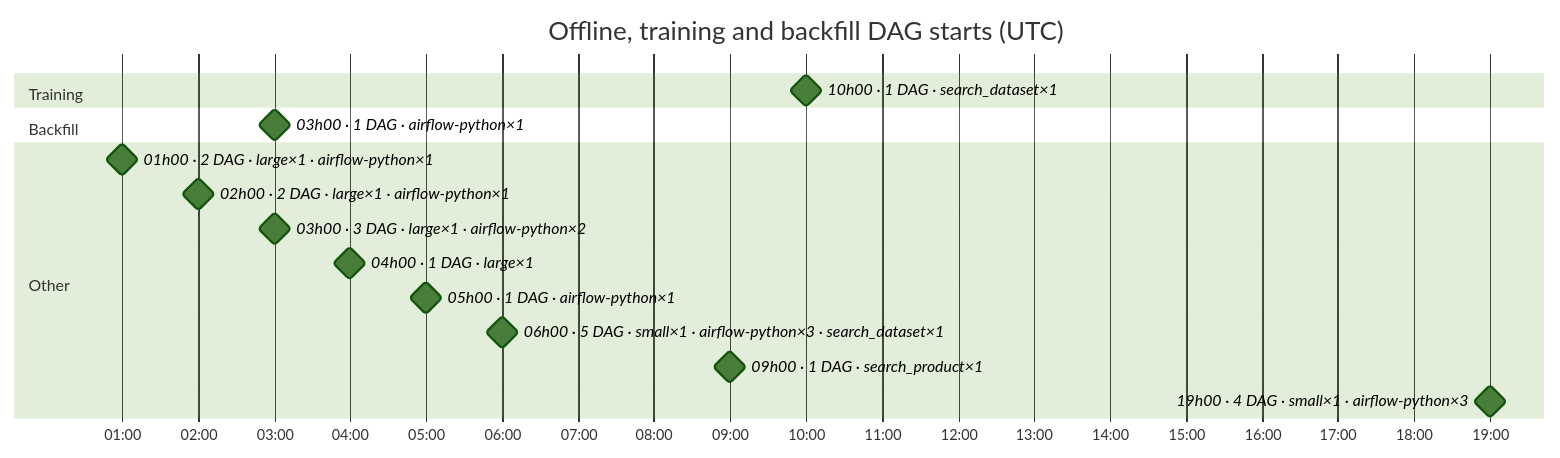
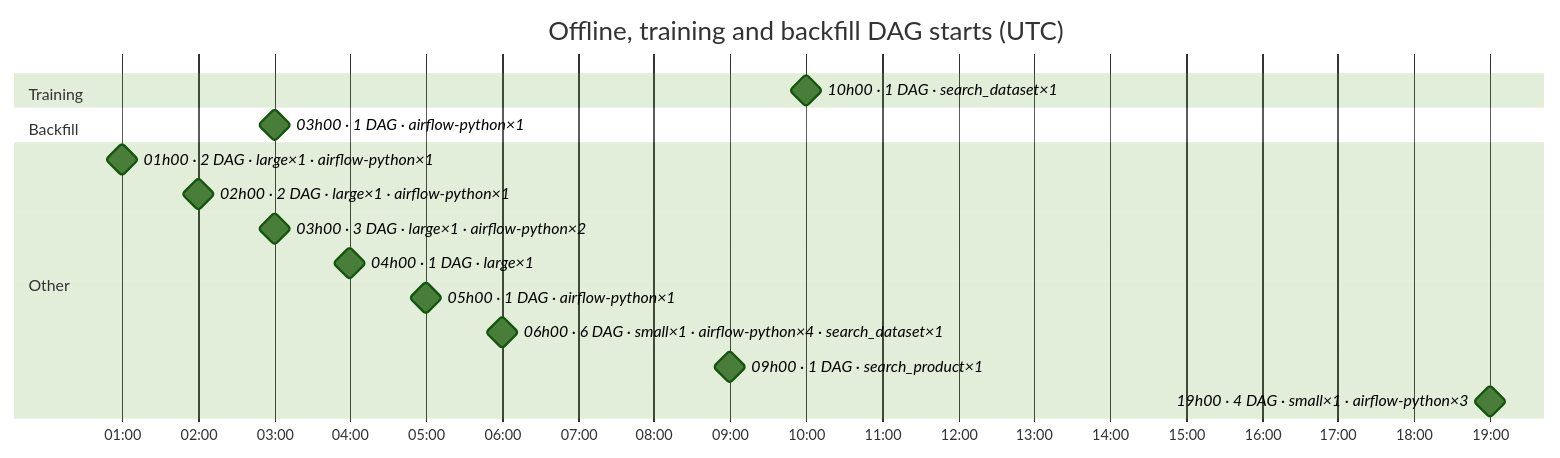
One commit to DayMarket/ml-feature-platform changed the sixth of 7 diagrams in docs/feature_platform_map.md. Above: the diagram before and after it, drawn with Mermaid (forest theme). The commit also changed other lines of this file and 14 other files, not shown here.

````diff
--- a/docs/feature_platform_map.md
+++ b/docs/feature_platform_map.md
@@ -263,20 +266,20 @@
 ```mermaid
 gantt
     title Offline, training and backfill DAG starts (UTC)
     dateFormat HH:mm
     axisFormat %H:%M
     tickInterval 1hour
     section Training
     10h00 · 1 DAG · search_dataset×1 :milestone, s0_0600, 10:00, 0m
     section Backfill
     03h00 · 1 DAG · airflow-python×1 :milestone, s1_0180, 03:00, 0m
     section Other
     01h00 · 2 DAG · large×1 · airflow-python×1 :milestone, s2_0060, 01:00, 0m
     02h00 · 2 DAG · large×1 · airflow-python×1 :milestone, s2_0120, 02:00, 0m
     03h00 · 3 DAG · large×1 · airflow-python×2 :milestone, s2_0180, 03:00, 0m
     04h00 · 1 DAG · large×1 :milestone, s2_0240, 04:00, 0m
     05h00 · 1 DAG · airflow-python×1 :milestone, s2_0300, 05:00, 0m
-    06h00 · 5 DAG · small×1 · airflow-python×3 · search_dataset×1 :milestone, s2_0360, 06:00, 0m
+    06h00 · 6 DAG · small×1 · airflow-python×4 · search_dataset×1 :milestone, s2_0360, 06:00, 0m
     09h00 · 1 DAG · search_product×1 :milestone, s2_0540, 09:00, 0m
     19h00 · 4 DAG · small×1 · airflow-python×3 :milestone, s2_1140, 19:00, 0m
 ```
````
